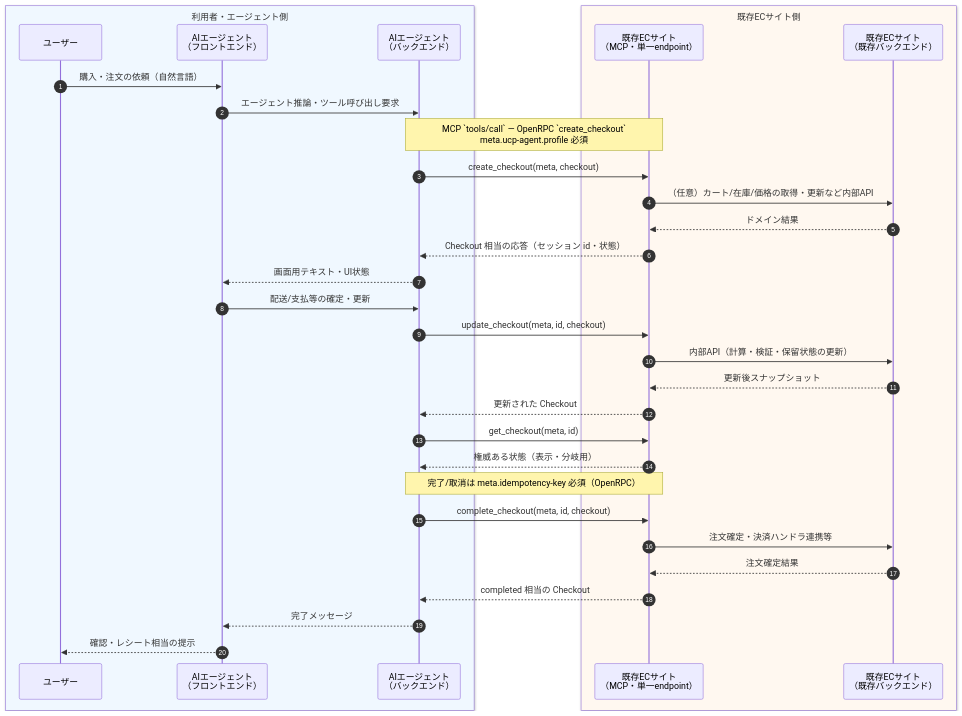
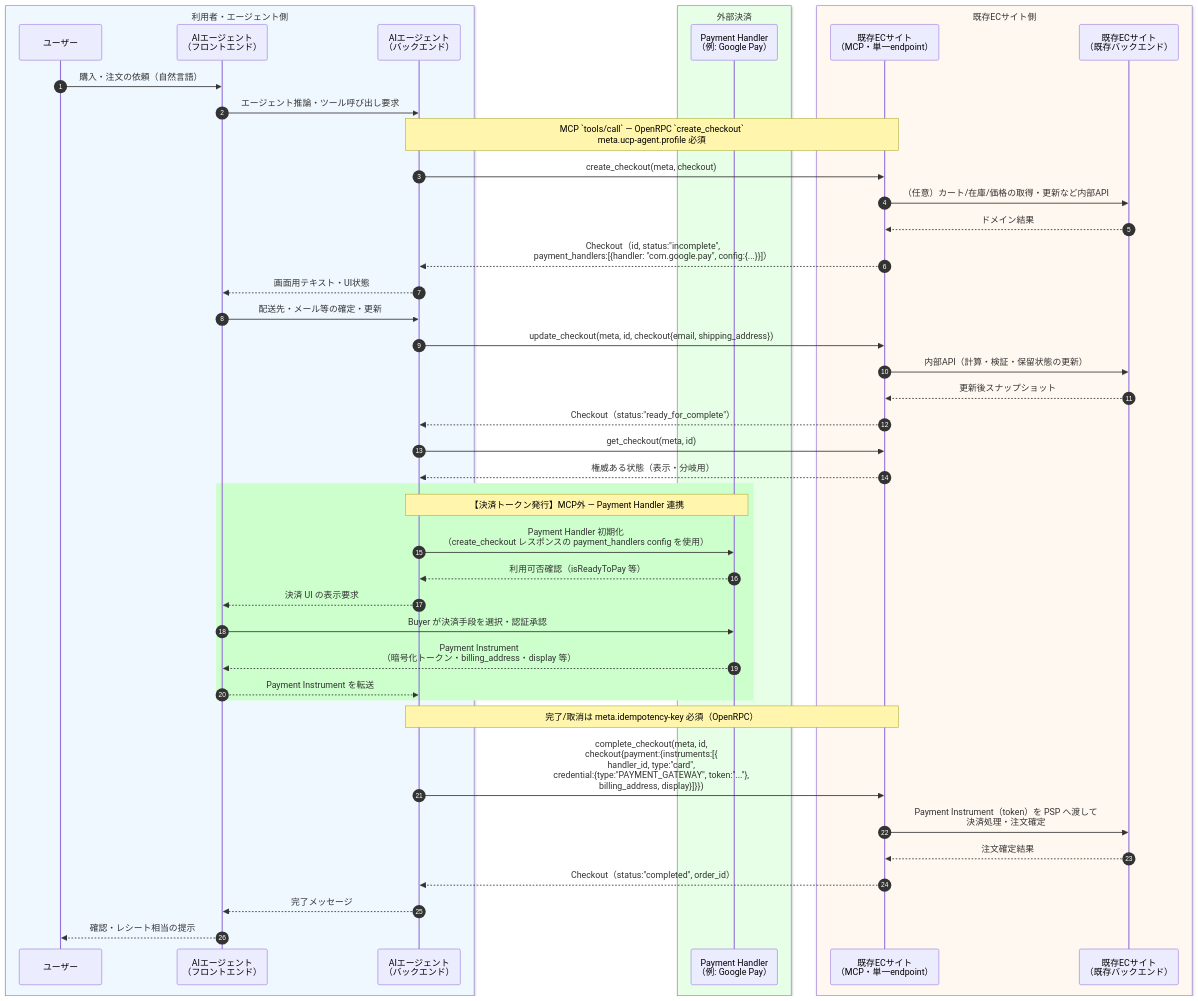
The third of 4 diagrams in demos/01-sample-ucp_ap2/docs/sequence.md (atakedemo/agent-commerce-research), drawn with Mermaid before and after one commit. The commit also changed other lines of this file and 1 other file, not shown here.

First line of the commit message:
Payment Handlerに関するレポートを追加

````diff
--- a/demos/01-sample-ucp_ap2/docs/sequence.md
+++ b/demos/01-sample-ucp_ap2/docs/sequence.md
@@ -107,39 +109,52 @@
 ```mermaid
 sequenceDiagram
     autonumber
     box rgb(240,248,255) 利用者・エージェント側
         participant U as ユーザー
         participant FE as AIエージェント<br/>（フロントエンド）
         participant BE as AIエージェント<br/>（バックエンド）
+    end
+    box rgb(230,255,230) 外部決済
+        participant PayHandler as Payment Handler<br/>（例: Google Pay）
     end
     box rgb(255,248,240) 既存ECサイト側
         participant MCP as 既存ECサイト<br/>（MCP・単一endpoint）
         participant EC as 既存ECサイト<br/>（既存バックエンド）
     end
 
     U->>FE: 購入・注文の依頼（自然言語）
     FE->>BE: エージェント推論・ツール呼び出し要求
     Note over BE,MCP: MCP `tools/call` — OpenRPC `create_checkout`<br/>meta.ucp-agent.profile 必須
     BE->>MCP: create_checkout(meta, checkout)
     MCP->>EC: （任意）カート/在庫/価格の取得・更新など内部API
     EC-->>MCP: ドメイン結果
-    MCP-->>BE: Checkout 相当の応答（セッション id・状態）
+    MCP-->>BE: Checkout（id, status:"incomplete",<br/>payment_handlers:[{handler: "com.google.pay", config:{...}}]）
     BE-->>FE: 画面用テキスト・UI状態
 
-    FE->>BE: 配送/支払等の確定・更新
-    BE->>MCP: update_checkout(meta, id, checkout)
+    FE->>BE: 配送先・メール等の確定・更新
+    BE->>MCP: update_checkout(meta, id, checkout{email, shipping_address})
     MCP->>EC: 内部API（計算・検証・保留状態の更新）
     EC-->>MCP: 更新後スナップショット
-    MCP-->>BE: 更新された Checkout
+    MCP-->>BE: Checkout（status:"ready_for_complete"）
 
     BE->>MCP: get_checkout(meta, id)
     MCP-->>BE: 権威ある状態（表示・分岐用）
 
+    rect rgb(204,255,204)
+        Note over BE,PayHandler: 【決済トークン発行】MCP外 — Payment Handler 連携
+        BE->>PayHandler: Payment Handler 初期化<br/>（create_checkout レスポンスの payment_handlers config を使用）
+        PayHandler-->>BE: 利用可否確認（isReadyToPay 等）
+        BE-->>FE: 決済 UI の表示要求
+        FE->>PayHandler: Buyer が決済手段を選択・認証承認
+        PayHandler-->>FE: Payment Instrument<br/>（暗号化トークン・billing_address・display 等）
+        FE-->>BE: Payment Instrument を転送
+    end
+
     Note over BE,MCP: 完了/取消は meta.idempotency-key 必須（OpenRPC）
-    BE->>MCP: complete_checkout(meta, id, checkout)
-    MCP->>EC: 注文確定・決済ハンドラ連携等
+    BE->>MCP: complete_checkout(meta, id,<br/>checkout{payment:{instruments:[{<br/>handler_id, type:"card",<br/>credential:{type:"PAYMENT_GATEWAY", token:"..."},<br/>billing_address, display}]}})
+    MCP->>EC: Payment Instrument（token）を PSP へ渡して<br/>決済処理・注文確定
     EC-->>MCP: 注文確定結果
-    MCP-->>BE: completed 相当の Checkout
+    MCP-->>BE: Checkout（status:"completed", order_id）
     BE-->>FE: 完了メッセージ
     FE-->>U: 確認・レシート相当の提示
 ```
````
